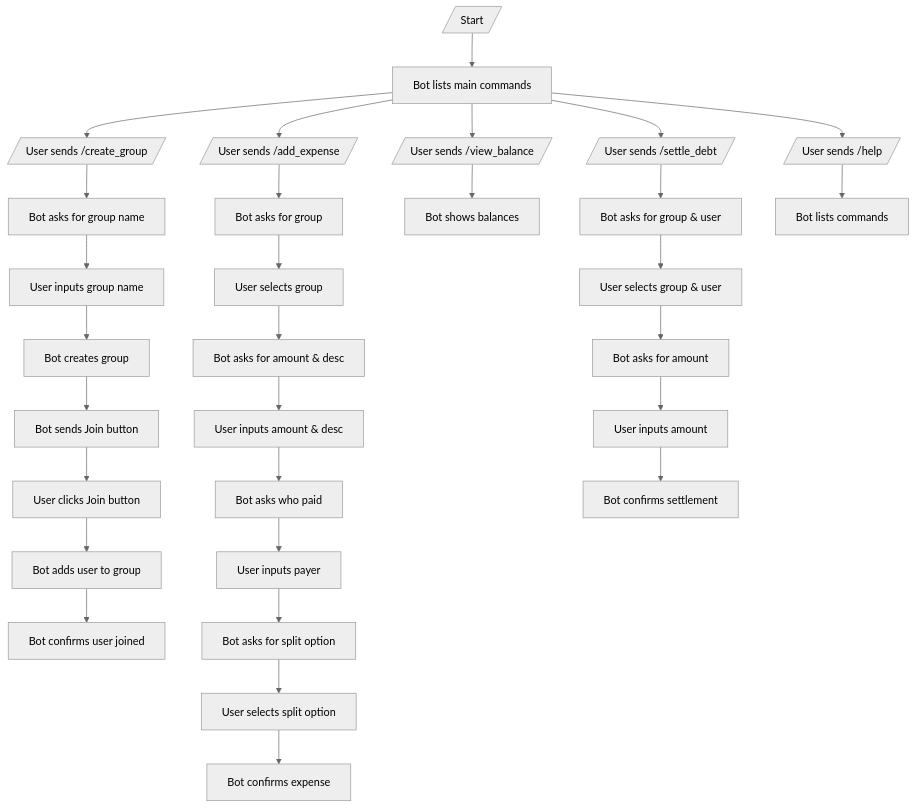
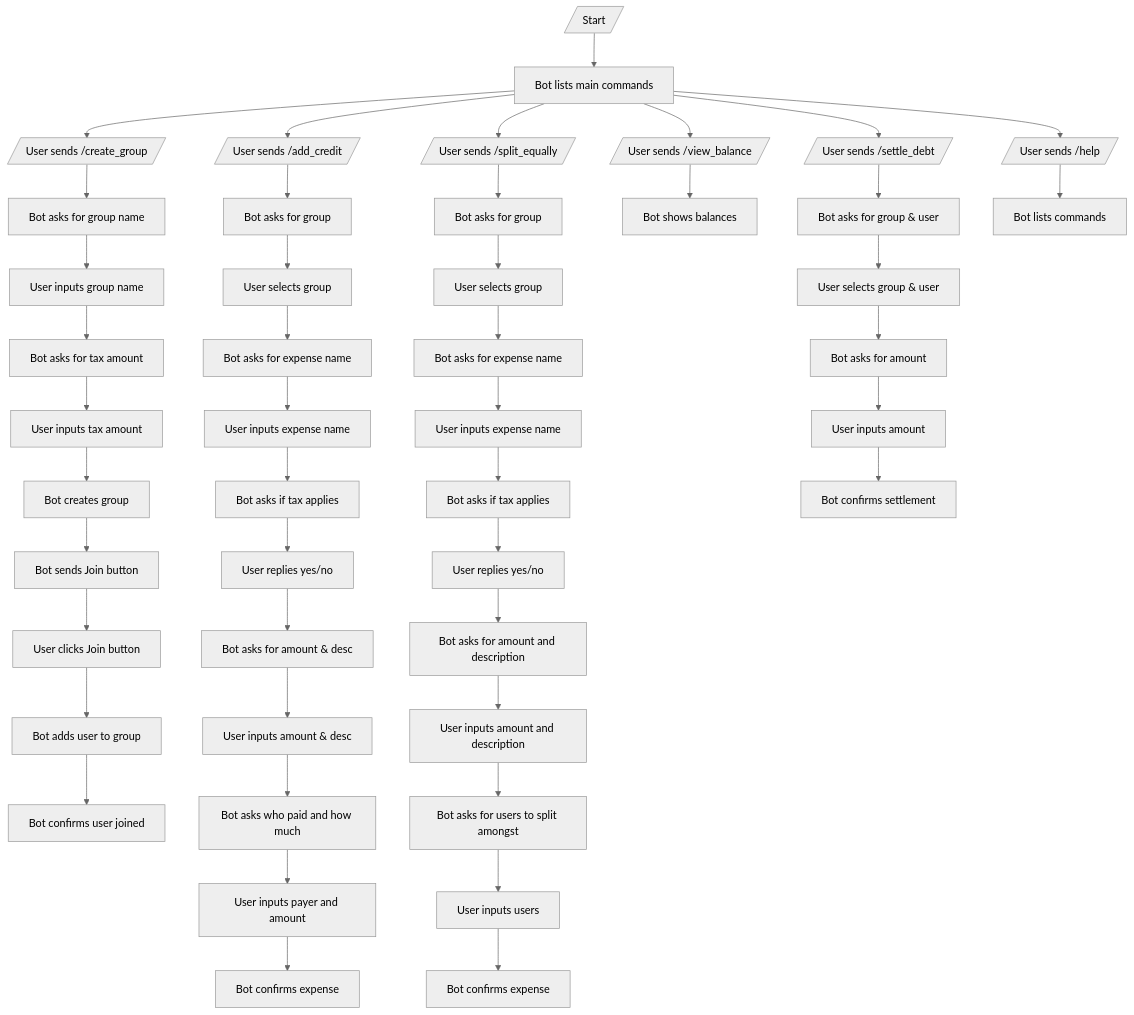
One commit to davidchanwz/coconutsplit changed the first of 2 diagrams in README.md. Above: the diagram before and after it, drawn with Mermaid (neutral theme).

Commit message:
change user flowchart

````diff
--- a/README.md
+++ b/README.md
@@ -175,37 +175,54 @@
 ```mermaid
 graph TD
     A[/Start/] --> B[Bot lists main commands]
     
     B --> C[/User sends /create_group/]
     C --> D[Bot asks for group name]
     D --> E[User inputs group name]
-    E --> F[Bot creates group]
+    E --> EE[Bot asks for tax amount]
+    EE --> EEE[User inputs tax amount]
+    EEE --> F[Bot creates group]
     F --> G[Bot sends Join button]
     G --> H[User clicks Join button]
     H --> I[Bot adds user to group]
     I --> J[Bot confirms user joined]
 
-    B --> K[/User sends /add_expense/]
+    B --> K[/User sends /add_credit/]
     K --> L[Bot asks for group]
     L --> M[User selects group]
-    M --> N[Bot asks for amount & desc]
+    M --> MA[Bot asks for expense name]
+    MA --> MB[User inputs expense name]
+    MB --> MC[Bot asks if tax applies]
+    MC --> MD[User replies yes/no]
+    MD --> N[Bot asks for amount & desc]
     N --> O[User inputs amount & desc]
-    O --> P[Bot asks who paid]
-    P --> Q[User inputs payer]
-    Q --> R[Bot asks for split option]
-    R --> S[User selects split option]
-    S --> T[Bot confirms expense]
+    O --> P[Bot asks who paid and how much]
+    P --> Q[User inputs payer and amount]
+    Q --> R[Bot confirms expense]
+
+    B --> S[/User sends /split_equally/]
+    S --> SA[Bot asks for group]
+    SA --> SB[User selects group]
+    SB --> T[Bot asks for expense name]
+    T --> TI[User inputs expense name]
+    TI --> TJ[Bot asks if tax applies]
+    TJ --> TA[User replies yes/no]
+    TA --> TC[Bot asks for amount and description]
+    TC --> TE[User inputs amount and description]
+    TE--> TF[Bot asks for users to split amongst]
+    TF --> TG[User inputs users]
+    TG --> TH[Bot confirms expense]
 
     B --> U[/User sends /view_balance/]
     U --> V[Bot shows balances]
 
     B --> W[/User sends /settle_debt/]
     W --> X[Bot asks for group & user]
     X --> Y[User selects group & user]
     Y --> Z[Bot asks for amount]
     Z --> AA[User inputs amount]
     AA --> AB[Bot confirms settlement]
 
     B --> AC[/User sends /help/]
     AC --> AD[Bot lists commands]
 ```
````
